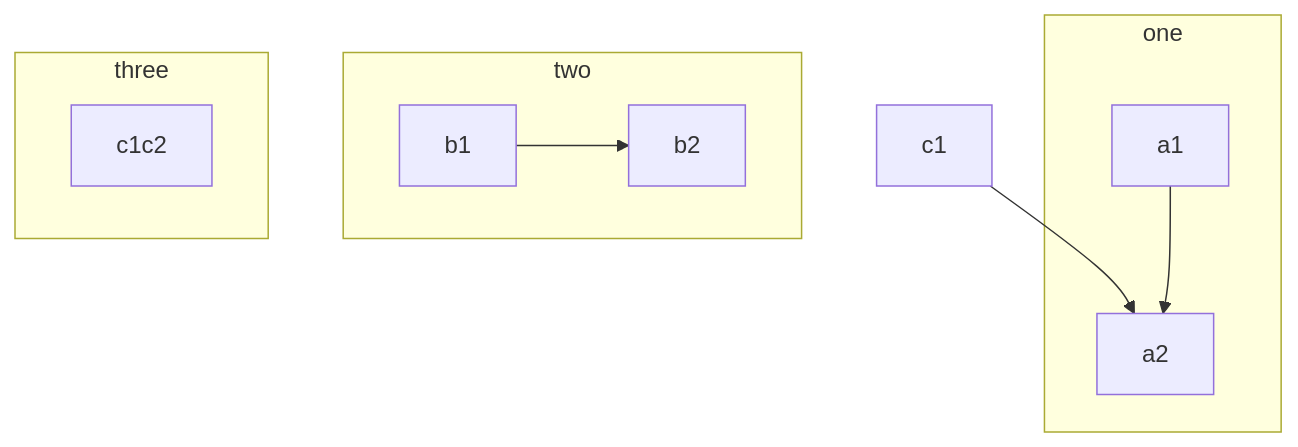
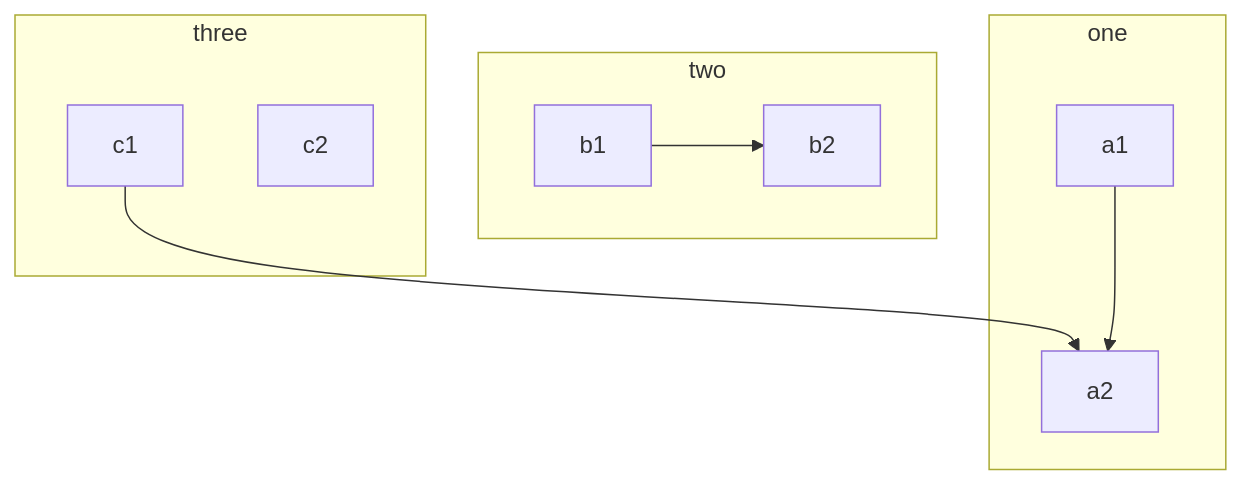
One commit to gerbssusd/dok changed the diagram in slides.md. Above: the diagram before and after it, drawn with Mermaid.

````diff
--- a/slides.md
+++ b/slides.md
@@ -217,19 +217,20 @@
 ```mermaid
 flowchart TB
     c1-->a2
     subgraph one
     a1-->a2
     end
     subgraph two
     b1-->b2
     end
     subgraph three
-    c1c2
+    c1
+c2
     end
 
 
 
 
 
 
 ```
````
